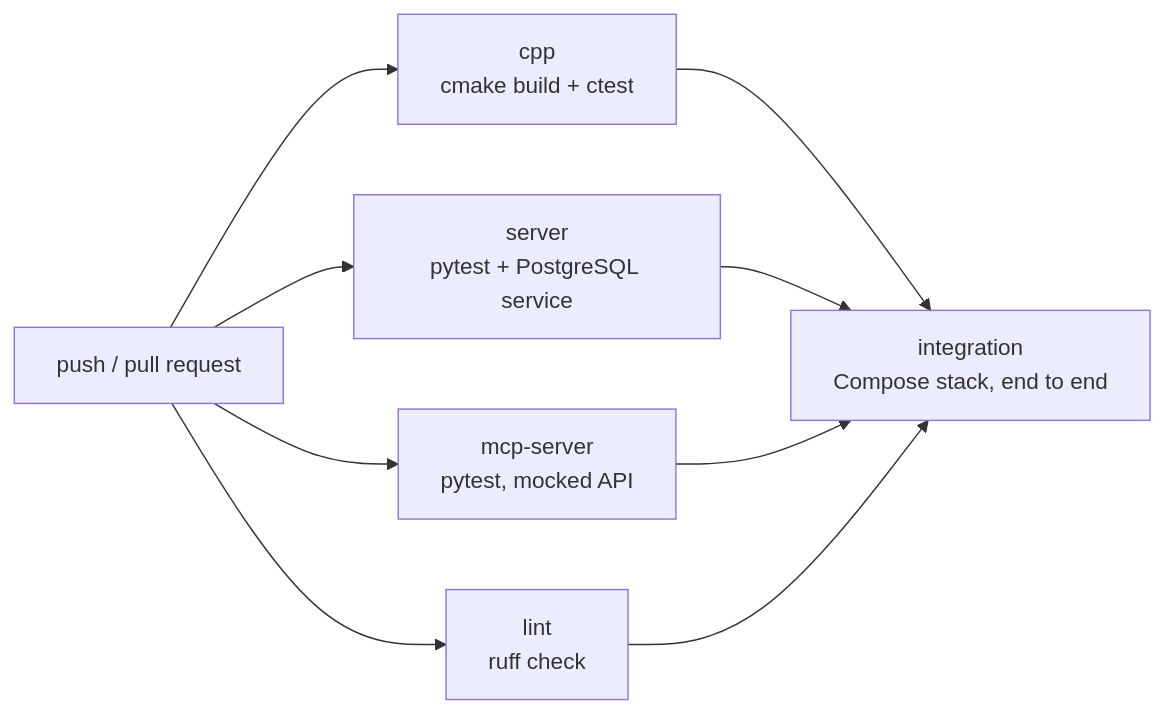
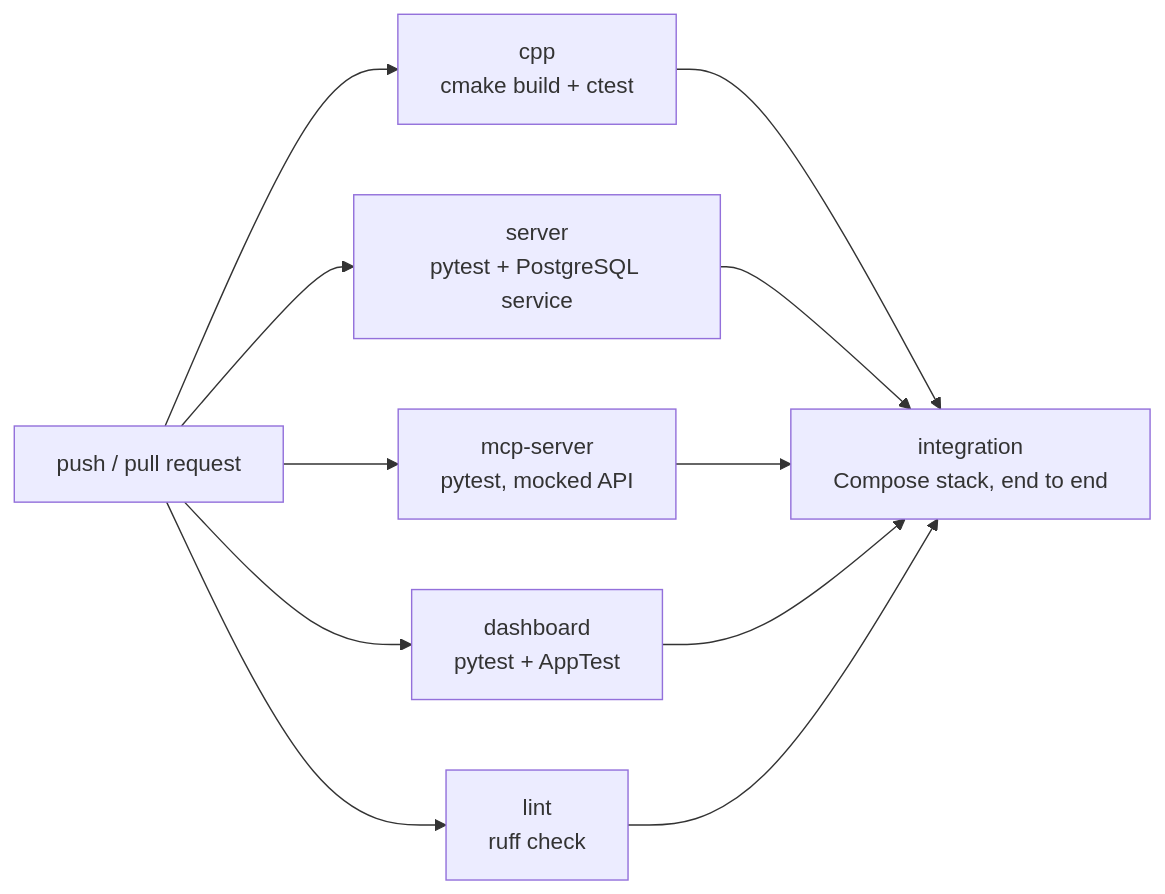
Before and after one commit to shuvat/syspulse: the seventh of 7 diagrams in docs/architecture.md, drawn with Mermaid. The commit also changed other lines of this file and 14 other files, not shown here.

Commit message:
Add Streamlit dashboard with tests, compose service and CI job

````diff
--- a/docs/architecture.md
+++ b/docs/architecture.md
@@ -383,8 +388,9 @@
 ```mermaid
 flowchart LR
     PUSH[push / pull request] --> CPP[cpp<br/>cmake build + ctest]
     PUSH --> SRV[server<br/>pytest + PostgreSQL service]
     PUSH --> MCP[mcp-server<br/>pytest, mocked API]
+    PUSH --> DSH[dashboard<br/>pytest + AppTest]
     PUSH --> LINT[lint<br/>ruff check]
-    CPP & SRV & MCP & LINT --> IT[integration<br/>Compose stack, end to end]
+    CPP & SRV & MCP & DSH & LINT --> IT[integration<br/>Compose stack, end to end]
 ```
````
